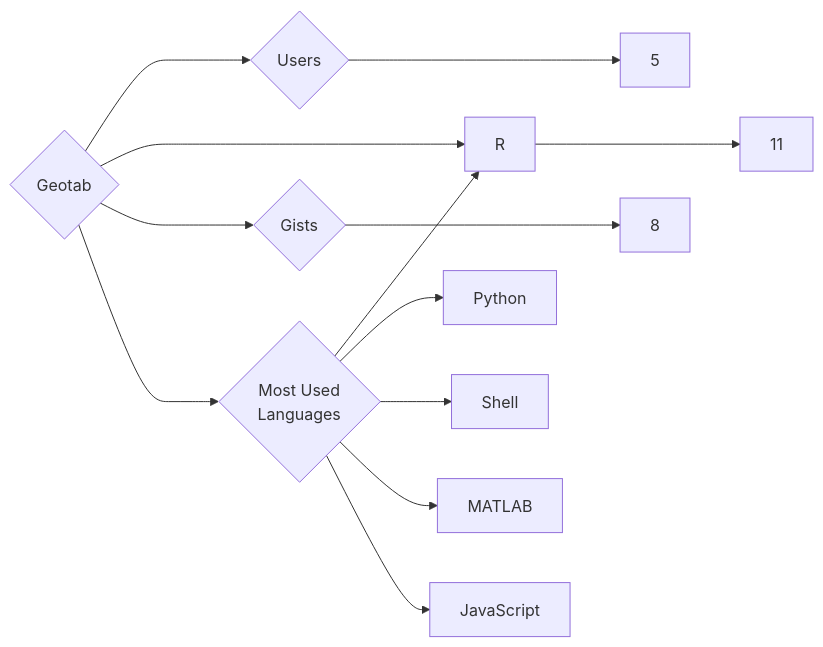
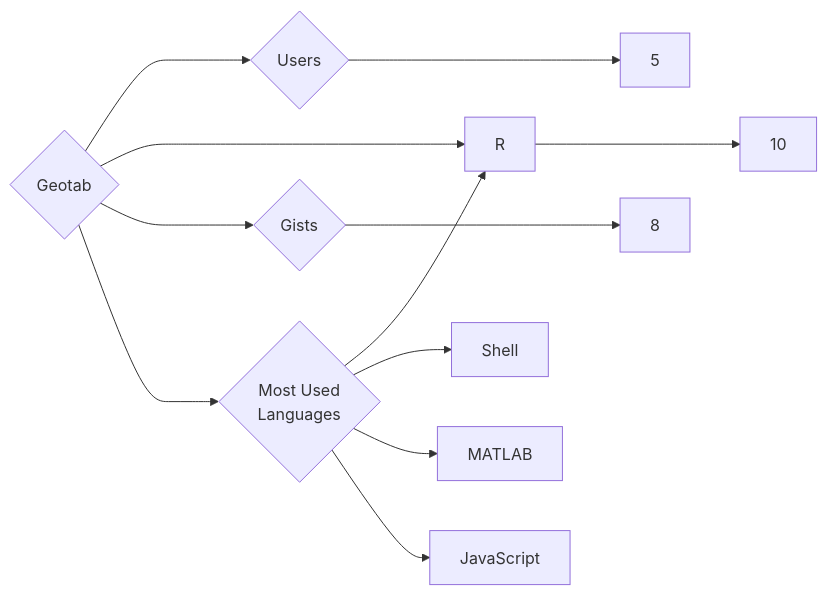
One commit to trickest/insiders changed the diagram in targets/Geotab/README.md. Above: the diagram before and after it, drawn with Mermaid. The commit also changed 1030 other files, not shown here.

````diff
--- a/targets/Geotab/README.md
+++ b/targets/Geotab/README.md
@@ -3,13 +3,12 @@
 ```mermaid
 graph LR
 COMPANY_NAME{Geotab}
 COMPANY_NAME ---> U{Users} ---> UN[5]
-COMPANY_NAME ---> R{Repositories} ---> RN[11]
+COMPANY_NAME ---> R{Repositories} ---> RN[10]
 COMPANY_NAME ---> G{Gists} ---> GN[8]
 COMPANY_NAME ---> ML{Most Used<br>Languages}
 ML --> R[R]
-ML --> Python[Python]
 ML --> Shell[Shell]
 ML --> MATLAB[MATLAB]
 ML --> JavaScript[JavaScript]
 ```
````
